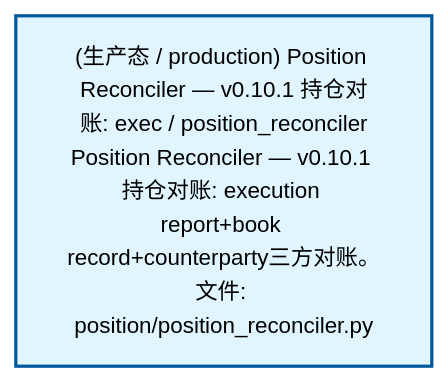
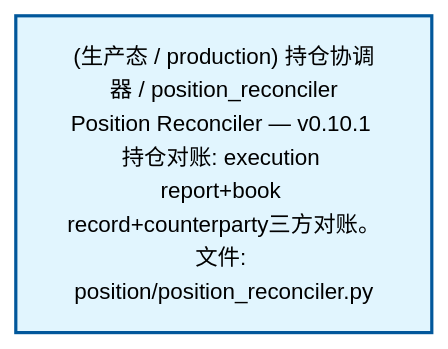
One commit to xuanFelixVan/ZephyrAlpha changed the second of 4 diagrams in docs/02_enterprise_architecture/02_domain_architecture_docs/64_d_position.md. Above: the diagram before and after it, drawn with Mermaid. The commit also changed other lines of this file and 50 other files, not shown here.

````diff
--- a/docs/02_enterprise_architecture/02_domain_architecture_docs/64_d_position.md
+++ b/docs/02_enterprise_architecture/02_domain_architecture_docs/64_d_position.md
@@ -101,10 +101,10 @@
 ```mermaid
 %%{init: {'theme': 'base', 'themeVariables': {'primaryColor': '#eaeaea', 'primaryTextColor': '#333333', 'primaryBorderColor': '#666666', 'lineColor': '#666666', 'secondaryColor': '#eaeaea', 'tertiaryColor': '#eaeaea', 'fontSize': '14px'}}}%%
 flowchart TD
-    src_zephyr_position_position_reconciler_py["(生产态 / production) Position Reconciler — v0.10.1 持仓对账: exec / position_reconciler<br/>Position Reconciler — v0.10.1 持仓对账: execution report+book record+counterparty三方对账。<br/>文件: position/position_reconciler.py"]
+    src_zephyr_position_position_reconciler_py["(生产态 / production) 持仓协调器 / position_reconciler<br/>Position Reconciler — v0.10.1 持仓对账: execution report+book record+counterparty三方对账。<br/>文件: position/position_reconciler.py"]
     classDef production fill:#e1f5fe,stroke:#01579b,stroke-width:2px,color:#000
     classDef design fill:#fff3e0,stroke:#e65100,stroke-width:2px,color:#000,stroke-dasharray: 5 5
     classDef external_prod fill:#e8f4fd,stroke:#0277bd,stroke-width:1px,color:#000
     classDef external_design fill:#fff8e7,stroke:#ef6c00,stroke-width:1px,color:#000,stroke-dasharray: 5 5
     class src_zephyr_position_position_reconciler_py production
 ```
````
